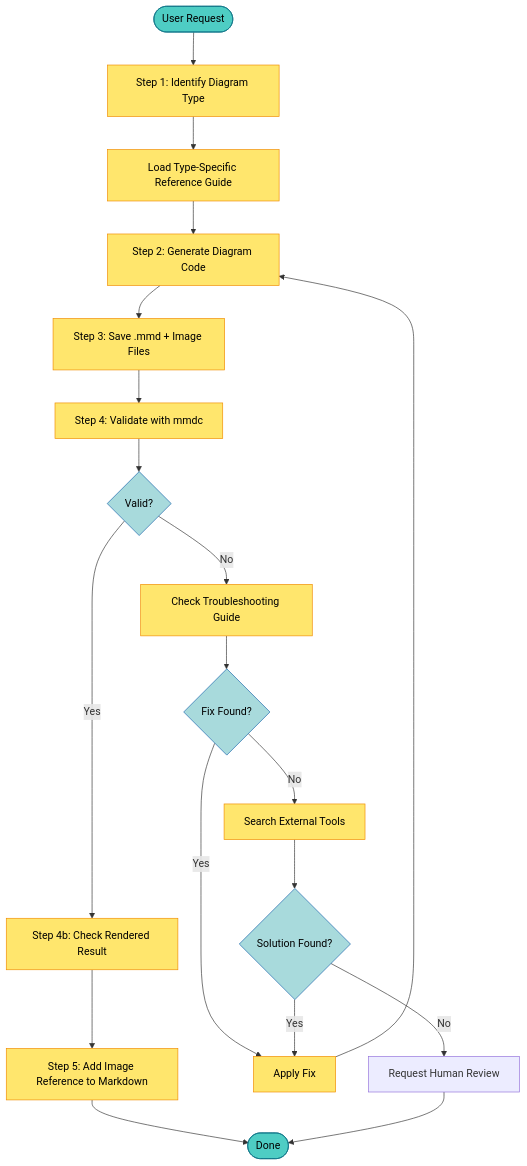
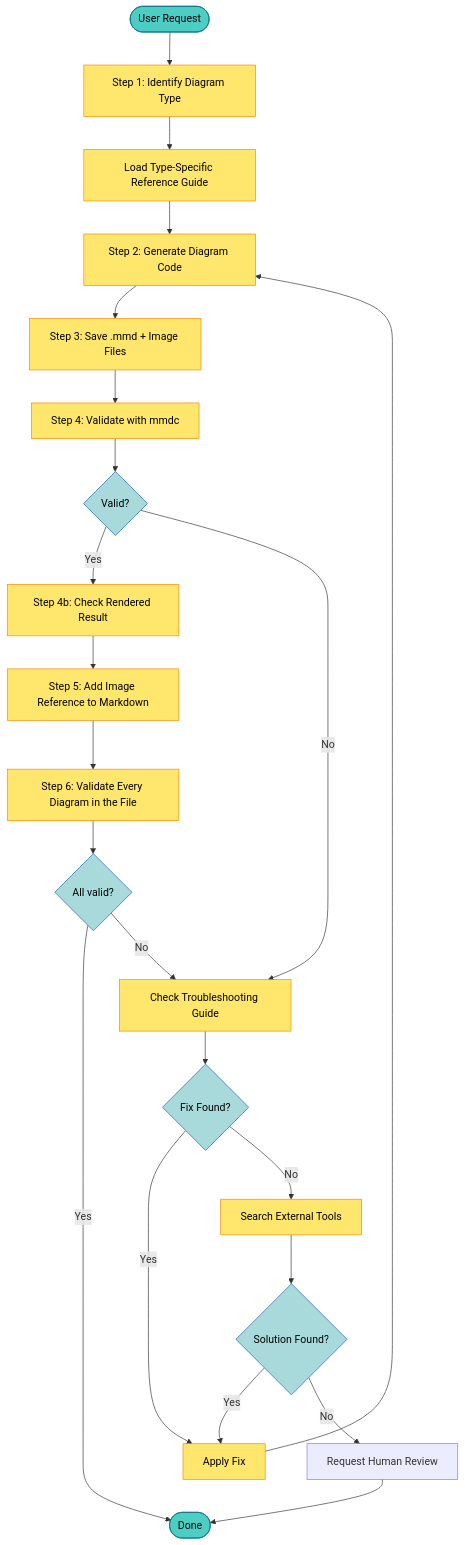
The first of 3 diagrams in .claude/skills/design-doc-mermaid/references/guides/resilient-workflow.md (kasiopeiya/claude-dev-template), drawn with Mermaid before and after one commit. The commit also changed other lines of this file and 2 other files, not shown here.

First line of the commit message:
docs: 図の検証範囲をファイル全体に広げる (#404)

````diff
--- a/.claude/skills/design-doc-mermaid/references/guides/resilient-workflow.md
+++ b/.claude/skills/design-doc-mermaid/references/guides/resilient-workflow.md
@@ -36,35 +36,38 @@
 ```mermaid
 flowchart TD
     Start([User Request]) --> Type[Step 1: Identify Diagram Type]
     Type --> Reference[Load Type-Specific Reference Guide]
     Reference --> Generate[Step 2: Generate Diagram Code]
     Generate --> Save[Step 3: Save .mmd + Image Files]
     Save --> Validate[Step 4: Validate with mmdc]
     Validate --> Success{Valid?}
 
     Success -->|Yes| Look[Step 4b: Check Rendered Result]
     Look --> AddRef[Step 5: Add Image Reference to Markdown]
     Success -->|No| Troubleshoot[Check Troubleshooting Guide]
 
     Troubleshoot --> Found{Fix Found?}
     Found -->|Yes| Apply[Apply Fix]
     Apply --> Generate
 
     Found -->|No| Search[Search External Tools]
     Search --> SearchResult{Solution Found?}
     SearchResult -->|Yes| Apply
     SearchResult -->|No| Manual[Request Human Review]
 
-    AddRef --> Complete([Done])
+    AddRef --> FileCheck[Step 6: Validate Every Diagram in the File]
+    FileCheck --> FileValid{All valid?}
+    FileValid -->|Yes| Complete([Done])
+    FileValid -->|No| Troubleshoot
     Manual --> Complete
 
     classDef start fill:#4ECDC4,stroke:#0B7285,color:#000
     classDef process fill:#FFE66D,stroke:#F08C00,color:#000
     classDef decision fill:#A8DADC,stroke:#1864AB,color:#000
     classDef success fill:#95D5B2,stroke:#2D6A4F,color:#000
     classDef error fill:#E63946,stroke:#9D0208,color:#fff
 
     class Start,Complete start
-    class Type,Reference,Generate,Save,Validate,Look,AddRef,Apply,Troubleshoot,Search process
-    class Success,Found,SearchResult decision
+    class Type,Reference,Generate,Save,Validate,Look,AddRef,FileCheck,Apply,Troubleshoot,Search process
+    class Success,Found,SearchResult,FileValid decision
 ```
````
